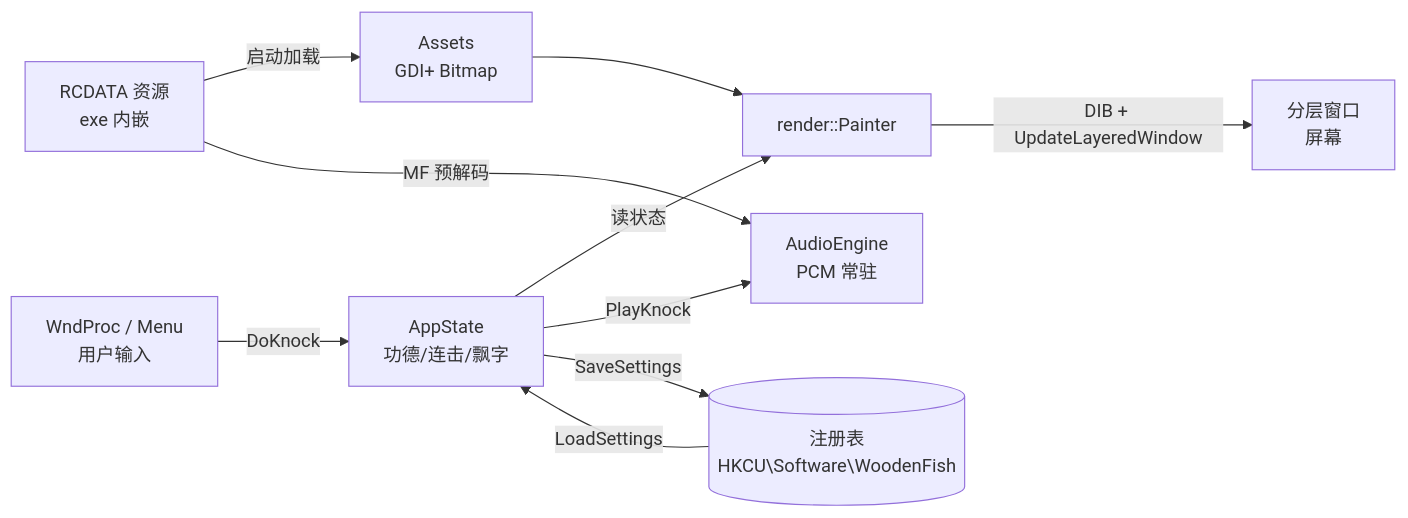
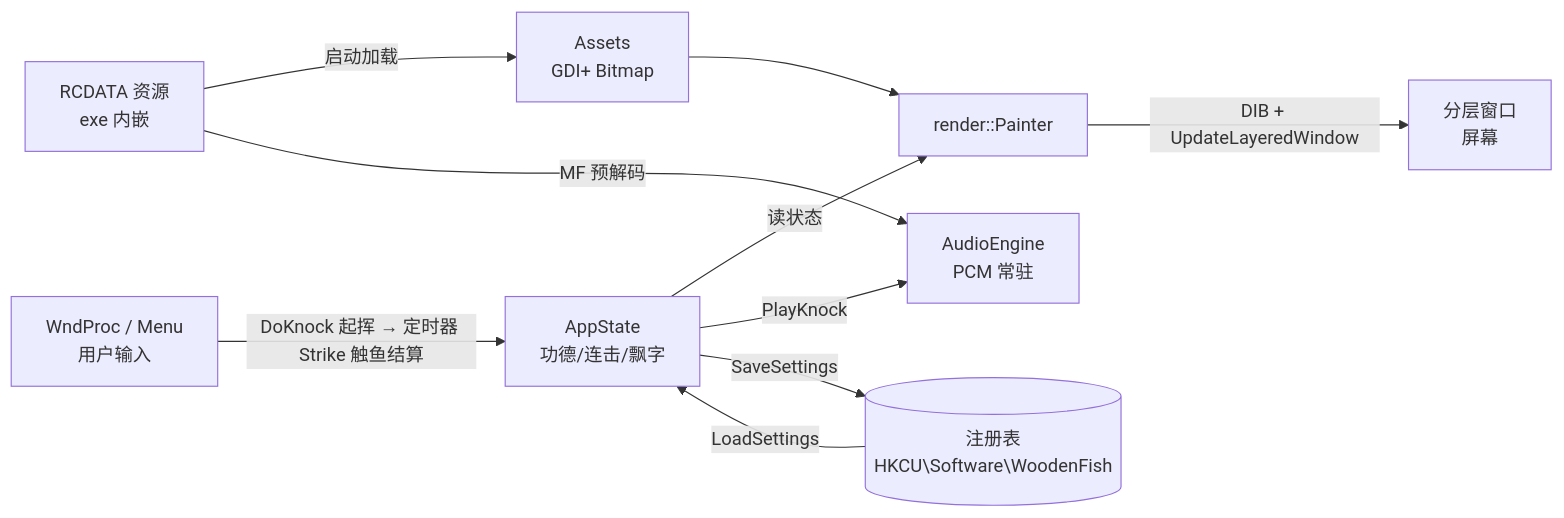
One commit to TianYunCode/wooden_fish changed the diagram in docs/architecture.md. Above: the diagram before and after it, drawn with Mermaid. The commit also changed 4 other files, not shown here.

````diff
--- a/docs/architecture.md
+++ b/docs/architecture.md
@@ -91,12 +91,12 @@
 ```mermaid
 flowchart LR
     R[RCDATA 资源\nexe 内嵌] -->|启动加载| A[Assets\nGDI+ Bitmap]
     R -->|MF 预解码| AE[AudioEngine\nPCM 常驻]
-    UI[WndProc / Menu\n用户输入] -->|DoKnock| S[AppState\n功德/连击/飘字]
+    UI[WndProc / Menu\n用户输入] -->|DoKnock 起挥 → 定时器 Strike 触鱼结算| S[AppState\n功德/连击/飘字]
     S -->|读状态| P[render::Painter]
     A --> P
     S -->|PlayKnock| AE
     P -->|DIB + UpdateLayeredWindow| W[分层窗口\n屏幕]
     S -->|SaveSettings| REG[(注册表\nHKCU\Software\WoodenFish)]
     REG -->|LoadSettings| S
 ```
````
